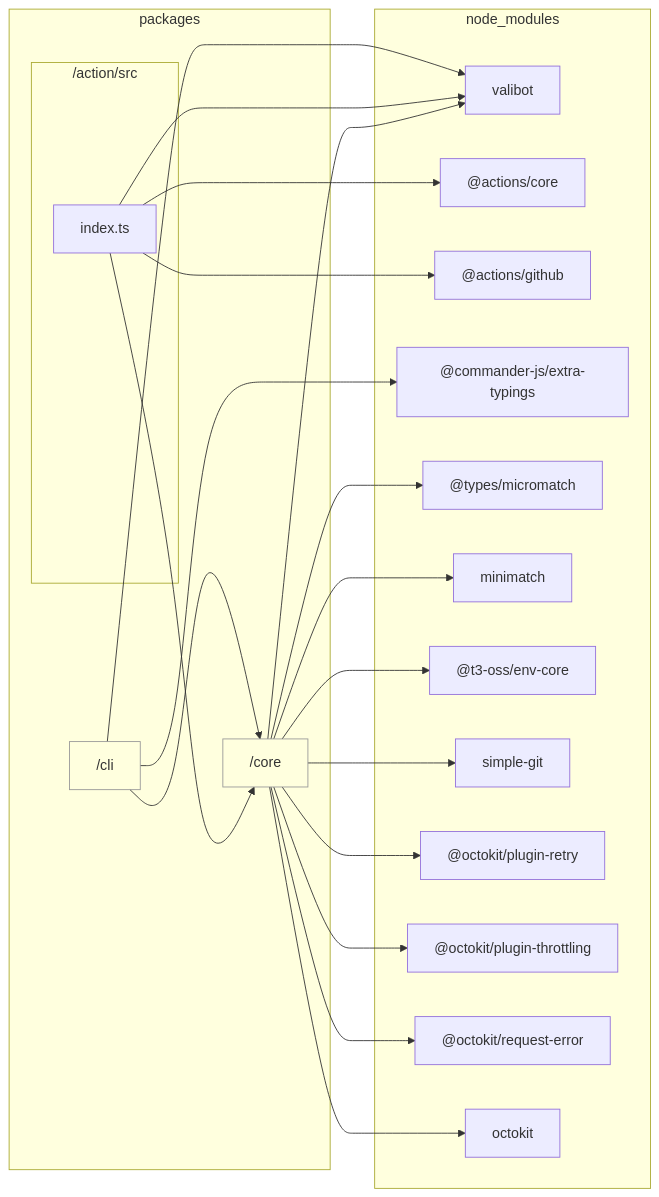
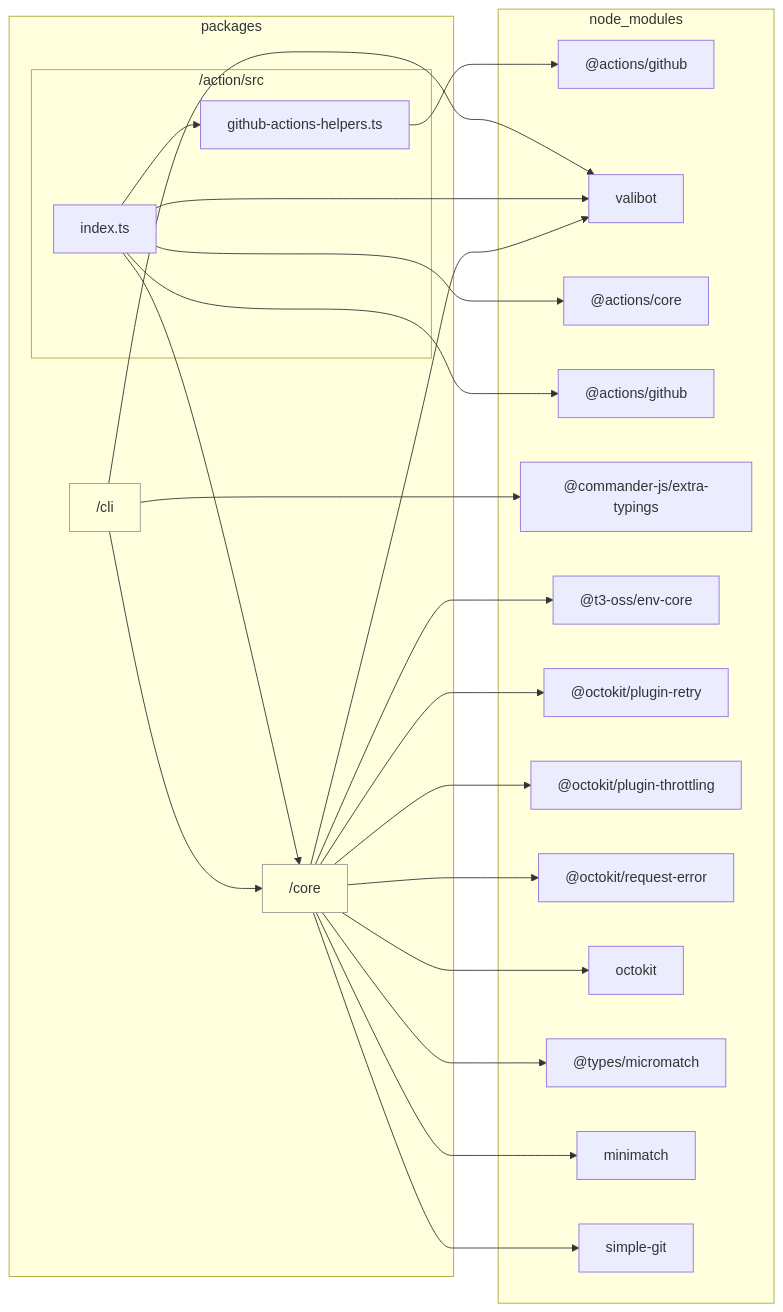
Before and after one commit to sugurutakahashi-1234/issue-linker: the diagram in docs/reports/dependencies/action.md, drawn with Mermaid. The commit also changed 18 other files, not shown here.

First line of the commit message:
feat: add GitHub Actions helpers for branch name extraction [deps-change]

````diff
--- a/docs/reports/dependencies/action.md
+++ b/docs/reports/dependencies/action.md
@@ -7,41 +7,45 @@
 ```mermaid
 flowchart LR
     classDef dir fill:#0000,stroke:#999
     subgraph packages["packages"]
         packages/core["/core"]:::dir
         packages/cli["/cli"]:::dir
         subgraph packages/action/src["/action/src"]
+            packages/action/src/github//actions//helpers.ts["github-actions-helpers.ts"]
             packages/action/src/index.ts["index.ts"]
         end
     end
     subgraph node//modules["node_modules"]
+        node//modules///actions/github/lib/context.d.ts["@actions/github"]
         node//modules/valibot/dist/index.d.cts["valibot"]
         node//modules///actions/core/lib/core.d.ts["@actions/core"]
         node//modules///actions/github/lib/github.d.ts["@actions/github"]
         node//modules///commander//js/extra//typings/index.d.ts["@commander-js/extra-typings"]
-        node//modules///types/micromatch/index.d.ts["@types/micromatch"]
-        node//modules/minimatch/dist/commonjs/index.d.ts["minimatch"]
         node//modules///t3//oss/env//core/dist/index.d.ts["@t3-oss/env-core"]
-        node//modules/simple//git/dist/typings/index.d.ts["simple-git"]
         node//modules///octokit/plugin//retry/dist//types/index.d.ts["@octokit/plugin-retry"]
         node//modules///octokit/plugin//throttling/dist//types/index.d.ts["@octokit/plugin-throttling"]
         node//modules///octokit/request//error/dist//types/index.d.ts["@octokit/request-error"]
         node//modules/octokit/dist//types/index.d.ts["octokit"]
+        node//modules///types/micromatch/index.d.ts["@types/micromatch"]
+        node//modules/minimatch/dist/commonjs/index.d.ts["minimatch"]
+        node//modules/simple//git/dist/typings/index.d.ts["simple-git"]
     end
+    packages/action/src/github//actions//helpers.ts-->node//modules///actions/github/lib/context.d.ts
     packages/core-->node//modules/valibot/dist/index.d.cts
     packages/action/src/index.ts-->node//modules///actions/core/lib/core.d.ts
     packages/action/src/index.ts-->node//modules///actions/github/lib/github.d.ts
     packages/action/src/index.ts-->packages/core
     packages/action/src/index.ts-->node//modules/valibot/dist/index.d.cts
+    packages/action/src/index.ts-->packages/action/src/github//actions//helpers.ts
     packages/cli-->node//modules///commander//js/extra//typings/index.d.ts
     packages/cli-->packages/core
     packages/cli-->node//modules/valibot/dist/index.d.cts
-    packages/core-->node//modules///types/micromatch/index.d.ts
-    packages/core-->node//modules/minimatch/dist/commonjs/index.d.ts
     packages/core-->node//modules///t3//oss/env//core/dist/index.d.ts
-    packages/core-->node//modules/simple//git/dist/typings/index.d.ts
     packages/core-->node//modules///octokit/plugin//retry/dist//types/index.d.ts
     packages/core-->node//modules///octokit/plugin//throttling/dist//types/index.d.ts
     packages/core-->node//modules///octokit/request//error/dist//types/index.d.ts
     packages/core-->node//modules/octokit/dist//types/index.d.ts
+    packages/core-->node//modules///types/micromatch/index.d.ts
+    packages/core-->node//modules/minimatch/dist/commonjs/index.d.ts
+    packages/core-->node//modules/simple//git/dist/typings/index.d.ts
 ```
````
